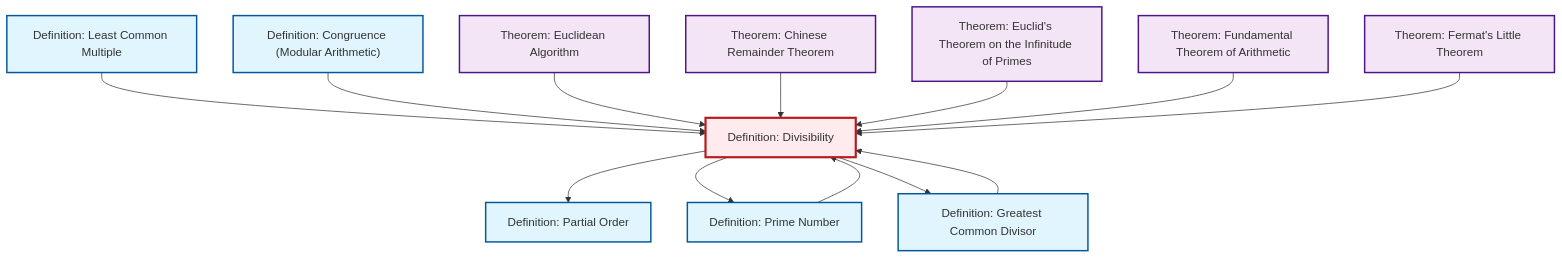
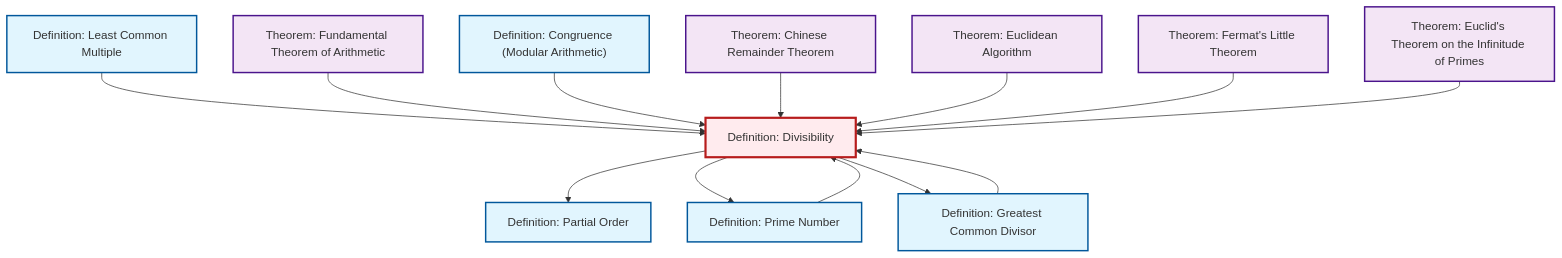
One commit to RK0429/ModernMath changed the diagram in content/en/number-theory/def-divisibility.qmd. Above: the diagram before and after it, drawn with Mermaid. The commit also changed other lines of this file and 1069 other files, not shown here.

````diff
--- a/content/en/number-theory/def-divisibility.qmd
+++ b/content/en/number-theory/def-divisibility.qmd
@@ -88,43 +88,43 @@
 ```{mermaid}
 %%| fig-cap: "Local dependency graph"
 graph TD
     classDef definition fill:#e1f5fe,stroke:#01579b,stroke-width:2px
     classDef theorem fill:#f3e5f5,stroke:#4a148c,stroke-width:2px
     classDef axiom fill:#fff3e0,stroke:#e65100,stroke-width:2px
     classDef example fill:#e8f5e9,stroke:#1b5e20,stroke-width:2px
     classDef current fill:#ffebee,stroke:#b71c1c,stroke-width:3px
+    def-congruence["Definition: Congruence (Modular Arithmetic)"]:::definition
+    def-divisibility["Definition: Divisibility"]:::definition
+    thm-euclid-infinitude-primes["Theorem: Euclid's Theorem on the Infinitude of Primes"]:::theorem
+    thm-fundamental-arithmetic["Theorem: Fundamental Theorem of Arithmetic"]:::theorem
+    thm-euclidean-algorithm["Theorem: Euclidean Algorithm"]:::theorem
     thm-chinese-remainder["Theorem: Chinese Remainder Theorem"]:::theorem
     thm-fermat-little["Theorem: Fermat's Little Theorem"]:::theorem
-    thm-euclidean-algorithm["Theorem: Euclidean Algorithm"]:::theorem
+    def-partial-order["Definition: Partial Order"]:::definition
     def-gcd["Definition: Greatest Common Divisor"]:::definition
-    def-divisibility["Definition: Divisibility"]:::definition
-    thm-fundamental-arithmetic["Theorem: Fundamental Theorem of Arithmetic"]:::theorem
-    thm-euclid-infinitude-primes["Theorem: Euclid's Theorem on the Infinitude of Primes"]:::theorem
     def-lcm["Definition: Least Common Multiple"]:::definition
-    def-partial-order["Definition: Partial Order"]:::definition
     def-prime["Definition: Prime Number"]:::definition
-    def-congruence["Definition: Congruence (Modular Arithmetic)"]:::definition
+    def-lcm --> def-divisibility
+    def-divisibility --> def-partial-order
+    thm-fundamental-arithmetic --> def-divisibility
+    def-divisibility --> def-prime
+    def-congruence --> def-divisibility
+    thm-chinese-remainder --> def-divisibility
+    thm-euclidean-algorithm --> def-divisibility
     def-gcd --> def-divisibility
-    def-divisibility --> def-partial-order
-    def-lcm --> def-divisibility
-    def-congruence --> def-divisibility
-    thm-euclidean-algorithm --> def-divisibility
+    thm-fermat-little --> def-divisibility
     def-prime --> def-divisibility
-    def-divisibility --> def-prime
-    thm-chinese-remainder --> def-divisibility
     thm-euclid-infinitude-primes --> def-divisibility
-    thm-fundamental-arithmetic --> def-divisibility
-    thm-fermat-little --> def-divisibility
     def-divisibility --> def-gcd
     class def-divisibility current
+    click def-congruence "def-congruence.html" "Go to Congruence (Modular Arithmetic) definition"
+    click thm-euclid-infinitude-primes "thm-euclid-infinitude-primes.html" "Go to Euclid's Theorem on the Infinitude of Primes theorem"
+    click thm-fundamental-arithmetic "thm-fundamental-arithmetic.html" "Go to Fundamental Theorem of Arithmetic theorem"
+    click thm-euclidean-algorithm "thm-euclidean-algorithm.html" "Go to Euclidean Algorithm theorem"
     click thm-chinese-remainder "thm-chinese-remainder.html" "Go to Chinese Remainder Theorem theorem"
     click thm-fermat-little "thm-fermat-little.html" "Go to Fermat's Little Theorem theorem"
-    click thm-euclidean-algorithm "thm-euclidean-algorithm.html" "Go to Euclidean Algorithm theorem"
+    click def-partial-order "def-partial-order.html" "Go to Partial Order definition"
     click def-gcd "def-gcd.html" "Go to Greatest Common Divisor definition"
-    click thm-fundamental-arithmetic "thm-fundamental-arithmetic.html" "Go to Fundamental Theorem of Arithmetic theorem"
-    click thm-euclid-infinitude-primes "thm-euclid-infinitude-primes.html" "Go to Euclid's Theorem on the Infinitude of Primes theorem"
     click def-lcm "def-lcm.html" "Go to Least Common Multiple definition"
-    click def-partial-order "def-partial-order.html" "Go to Partial Order definition"
     click def-prime "def-prime.html" "Go to Prime Number definition"
-    click def-congruence "def-congruence.html" "Go to Congruence (Modular Arithmetic) definition"
 ```
````
